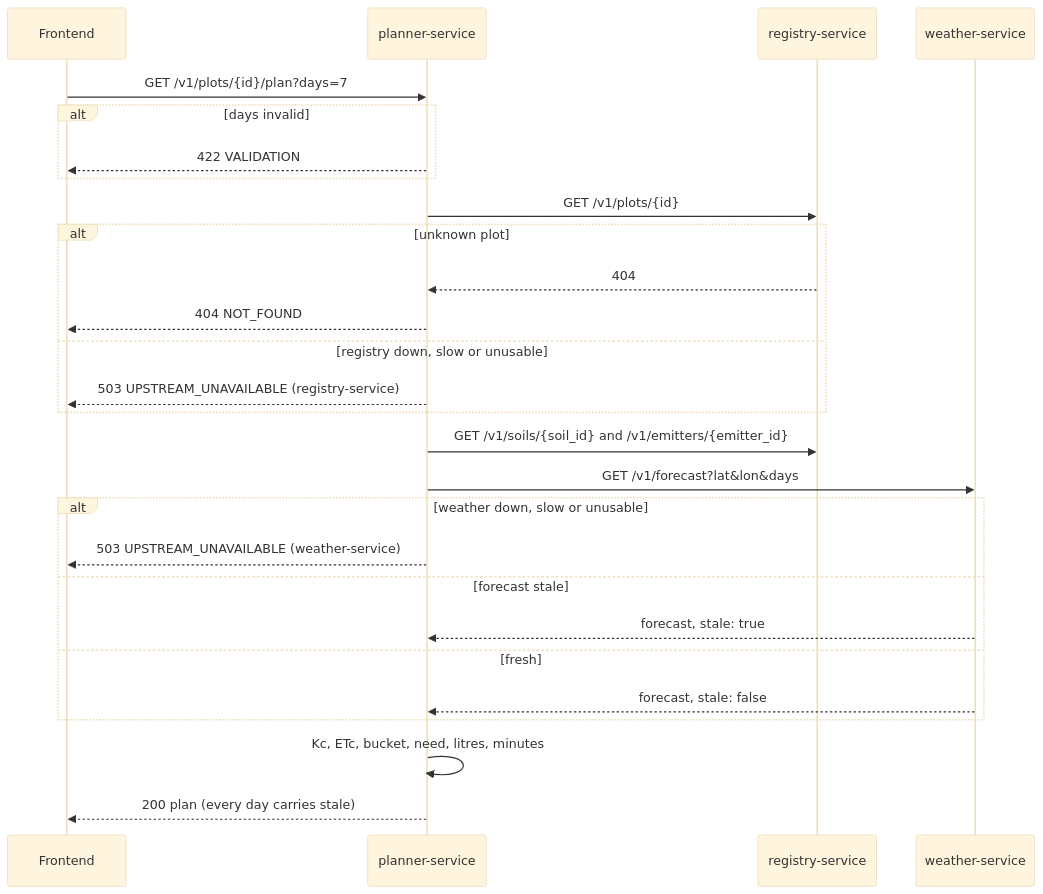
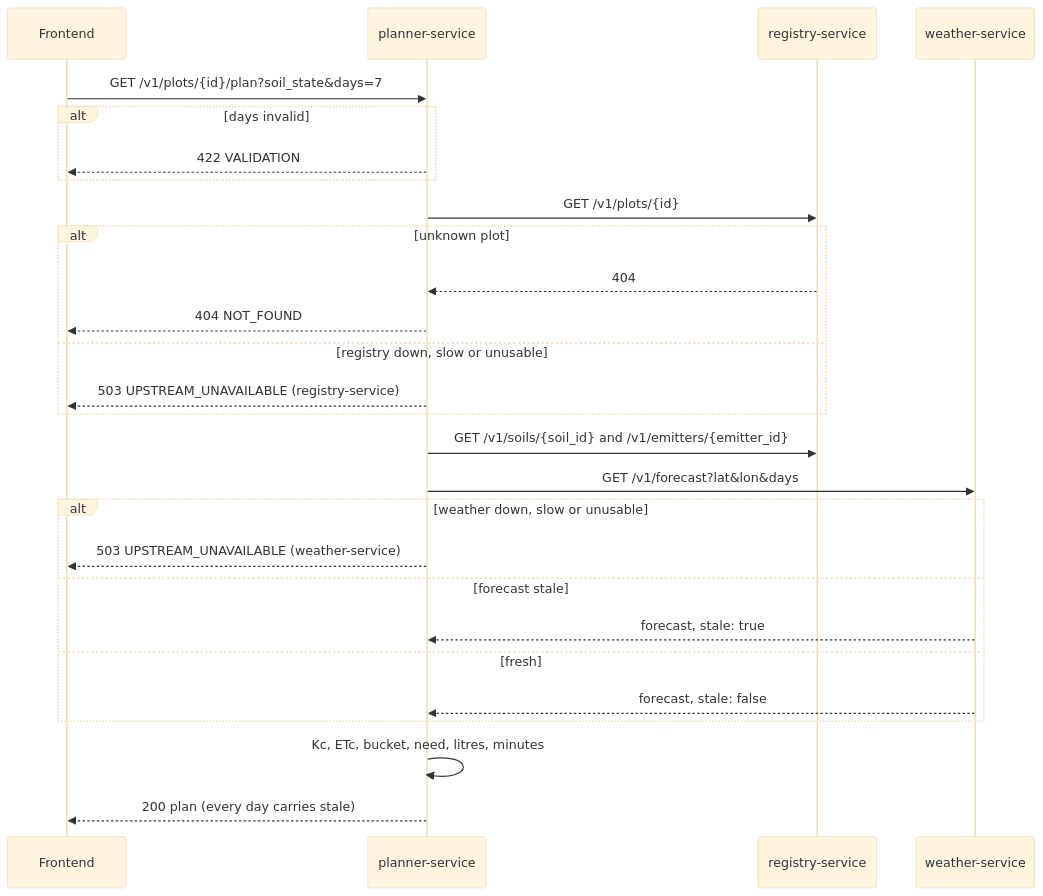
Before and after one commit to NereyaHillel/AgroPilot: the diagram in services/planner-service/README.md, drawn with Mermaid (base theme). The commit also changed other lines of this file and 5 other files, not shown here.

````diff
--- a/services/planner-service/README.md
+++ b/services/planner-service/README.md
@@ -79,29 +79,29 @@
 ```mermaid
 sequenceDiagram
     participant F as Frontend
     participant P as planner-service
     participant R as registry-service
     participant W as weather-service
-    F->>P: GET /v1/plots/{id}/plan?days=7
+    F->>P: GET /v1/plots/{id}/plan?soil_state&days=7
     alt days invalid
         P-->>F: 422 VALIDATION
     end
     P->>R: GET /v1/plots/{id}
     alt unknown plot
         R-->>P: 404
         P-->>F: 404 NOT_FOUND
     else registry down, slow or unusable
         P-->>F: 503 UPSTREAM_UNAVAILABLE (registry-service)
     end
     P->>R: GET /v1/soils/{soil_id} and /v1/emitters/{emitter_id}
     P->>W: GET /v1/forecast?lat&lon&days
     alt weather down, slow or unusable
         P-->>F: 503 UPSTREAM_UNAVAILABLE (weather-service)
     else forecast stale
         W-->>P: forecast, stale: true
     else fresh
         W-->>P: forecast, stale: false
     end
     P->>P: Kc, ETc, bucket, need, litres, minutes
     P-->>F: 200 plan (every day carries stale)
 ```
````
